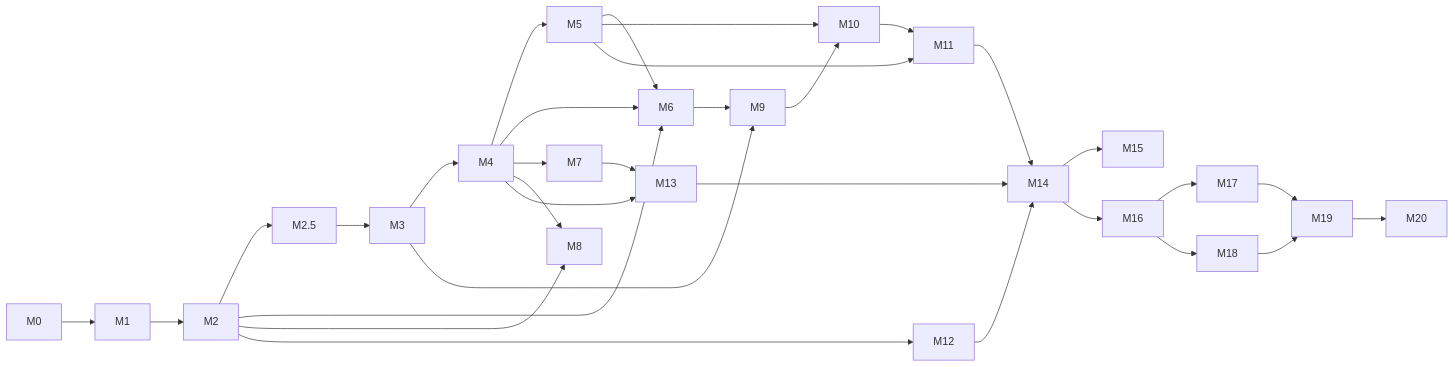
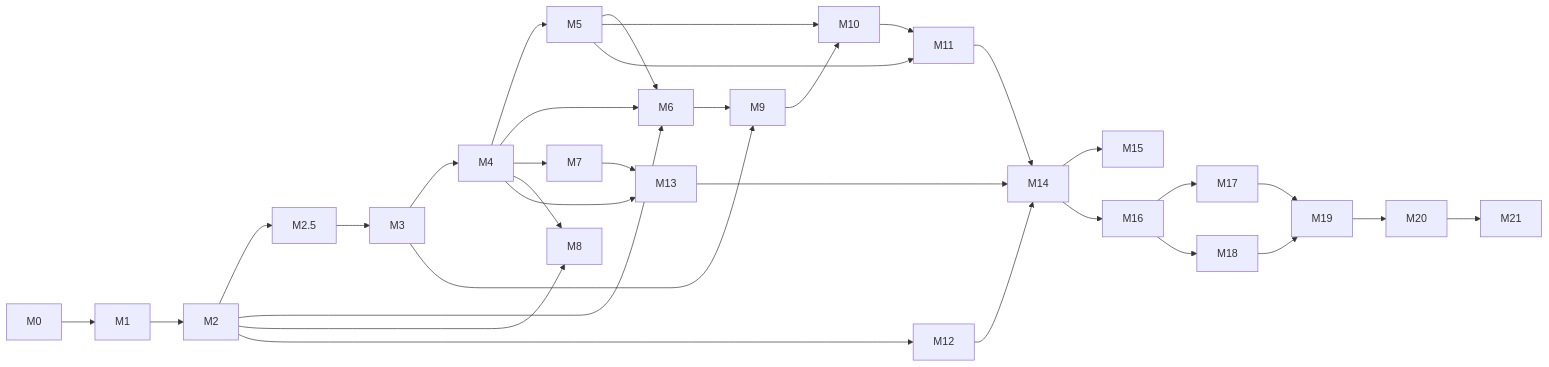
The diagram in docs/09-plan/README.md (vundavallibalakrishna/agentic-runtime), drawn with Mermaid before and after one commit. The commit also changed other lines of this file and 91 other files, not shown here.

````diff
--- a/docs/09-plan/README.md
+++ b/docs/09-plan/README.md
@@ -49,29 +50,29 @@
 ```mermaid
 flowchart LR
   M0 --> M1 --> M2 --> M25[M2.5] --> M3 --> M4 --> M5
   M2 --> M6
   M4 --> M6
   M5 --> M6
   M4 --> M7
   M2 --> M8
   M4 --> M8
   M3 --> M9
   M6 --> M9
   M5 --> M10
   M9 --> M10
   M5 --> M11
   M10 --> M11
   M2 --> M12
   M4 --> M13
   M7 --> M13
   M11 --> M14
   M12 --> M14
   M13 --> M14
   M14 --> M15
   M14 --> M16
   M16 --> M17
   M16 --> M18
   M17 --> M19
   M18 --> M19
-  M19 --> M20
+  M19 --> M20 --> M21
 ```
````
